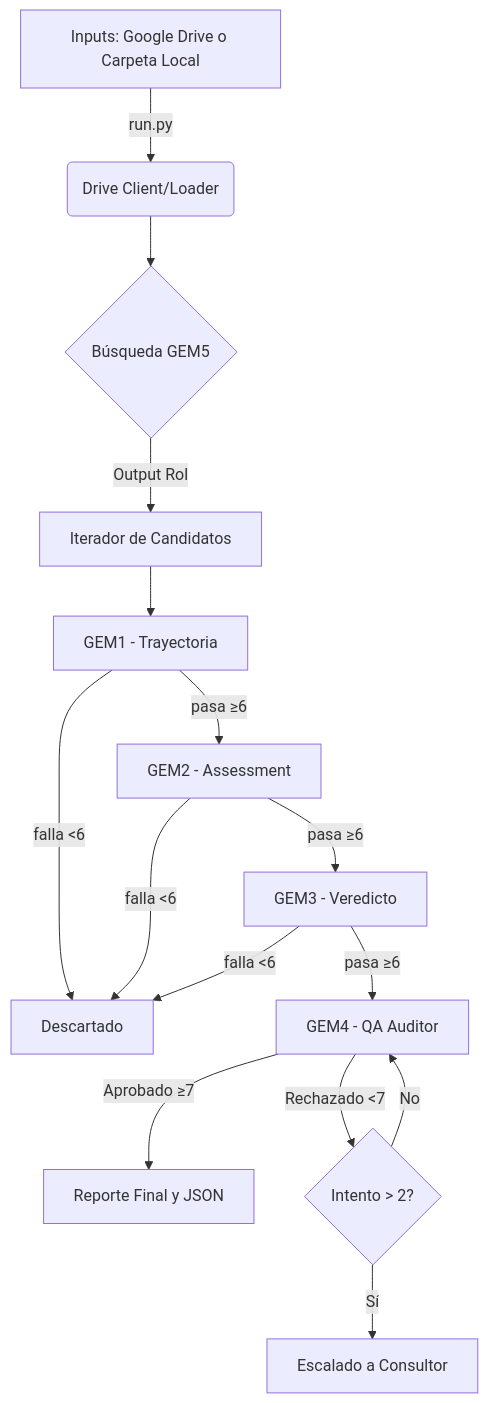
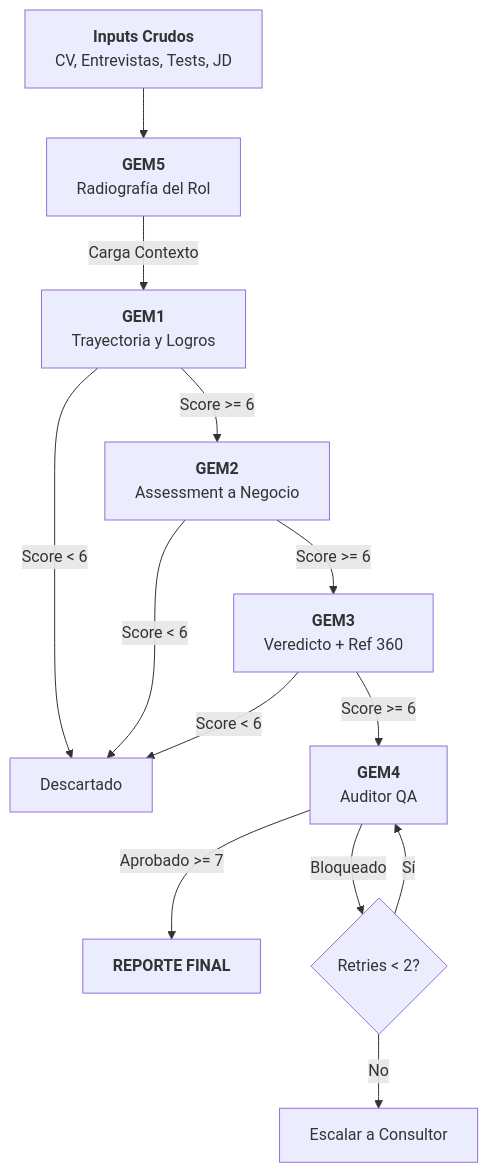
One commit to tomascarminatti-ux/raadbot changed the diagram in README.md. Above: the diagram before and after it, drawn with Mermaid. The commit also changed other lines of this file and 20 other files, not shown here.

````diff
--- a/README.md
+++ b/README.md
@@ -66,17 +15,15 @@
 ```mermaid
 graph TD
-    A[Inputs: Google Drive o Carpeta Local] -->|run.py| B(Drive Client/Loader)
-    B --> C{Búsqueda GEM5}
-    C -->|Output Rol| D[Iterador de Candidatos]
-    D --> E[GEM1 - Trayectoria]
-    E -->|pasa ≥6| F[GEM2 - Assessment]
-    E -->|falla <6| Z[Descartado]
-    F -->|pasa ≥6| G[GEM3 - Veredicto]
-    F -->|falla <6| Z
-    G -->|pasa ≥6| H[GEM4 - QA Auditor]
-    G -->|falla <6| Z
-    H -->|Aprobado ≥7| I[Reporte Final y JSON]
-    H -->|Rechazado <7| J{Intento > 2?}
-    J -->|No| H
-    J -->|Sí| K[Escalado a Consultor]
+    A[<b>Inputs Crudos</b><br/>CV, Entrevistas, Tests, JD] --> B[<b>GEM5</b><br/>Radiografía del Rol]
+    B -->|Carga Contexto| C[<b>GEM1</b><br/>Trayectoria y Logros]
+    C -->|Score >= 6| D[<b>GEM2</b><br/>Assessment a Negocio]
+    C -->|Score < 6| Z[Descartado]
+    D -->|Score >= 6| E[<b>GEM3</b><br/>Veredicto + Ref 360]
+    D -->|Score < 6| Z
+    E -->|Score >= 6| F[<b>GEM4</b><br/>Auditor QA]
+    E -->|Score < 6| Z
+    F -->|Aprobado >= 7| G[<b>REPORTE FINAL</b>]
+    F -->|Bloqueado| H{Retries < 2?}
+    H -->|Sí| F
+    H -->|No| I[Escalar a Consultor]
 ```
````
